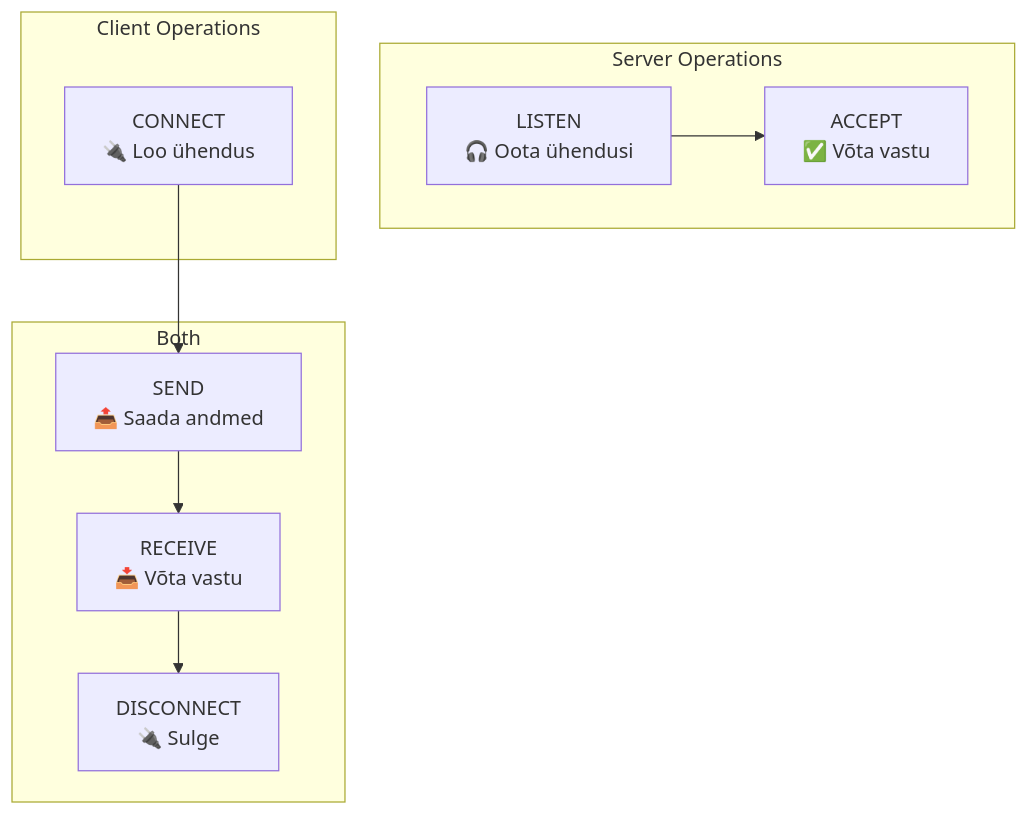
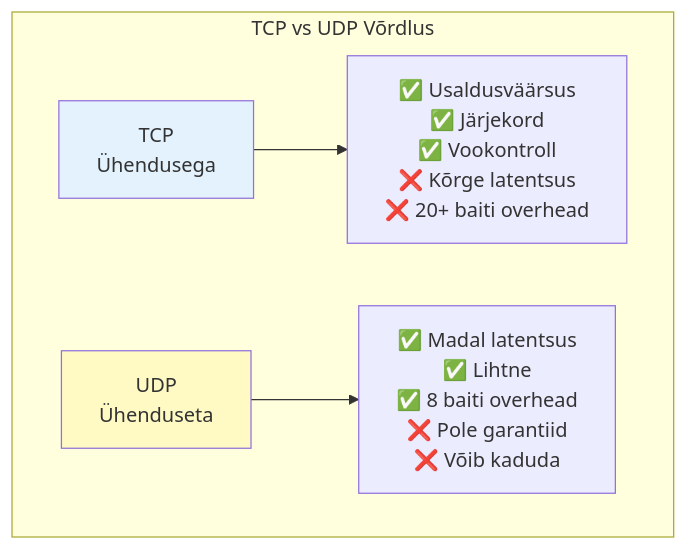
Before and after one commit to mtalvik/av_alused: the sixth of 13 diagrams in Lecture/loeng2.md, drawn with Mermaid. The commit also changed other lines of this file, not shown here.

````diff
--- a/Lecture/loeng2.md
+++ b/Lecture/loeng2.md
@@ -300,22 +152,14 @@
 ```mermaid
 graph TB
-    subgraph "Server Operations"
-        L[LISTEN<br/>🎧 Oota ühendusi]
-        A[ACCEPT<br/>✅ Võta vastu]
+    subgraph "TCP vs UDP Võrdlus"
+        A[TCP<br/>Ühendusega]
+        B[UDP<br/>Ühenduseta]
+        
+        A --> C[✅ Usaldusväärsus<br/>✅ Järjekord<br/>✅ Vookontroll<br/>❌ Kõrge latentsus<br/>❌ 20+ baiti overhead]
+        
+        B --> D[✅ Madal latentsus<br/>✅ Lihtne<br/>✅ 8 baiti overhead<br/>❌ Pole garantiid<br/>❌ Võib kaduda]
     end
     
-    subgraph "Client Operations"
-        C[CONNECT<br/>🔌 Loo ühendus]
-    end
-    
-    subgraph "Both"
-        S[SEND<br/>📤 Saada andmed]
-        R[RECEIVE<br/>📥 Võta vastu]
-        D[DISCONNECT<br/>🔌 Sulge]
-    end
-    
-    L --> A
-    C --> S
-    S --> R
-    R --> D
+    style A fill:#e3f2fd
+    style B fill:#fff9c4
 ```
````
